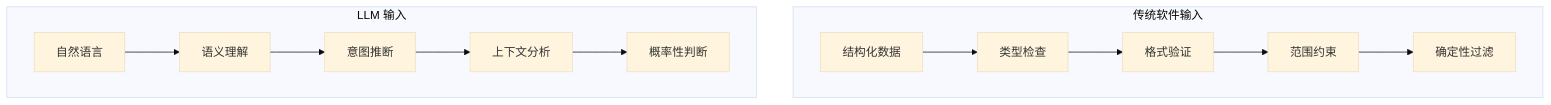
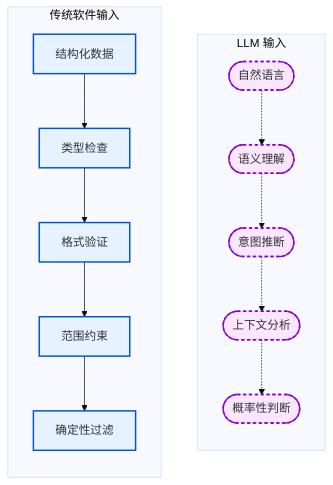
One commit to yeasy/ai_security_guide changed the diagram in 01_intro/1.3_llm_vs_traditional.md. Above: the diagram before and after it, drawn with Mermaid (base theme). The commit also changed other lines of this file and 74 other files, not shown here.

````diff
--- a/01_intro/1.3_llm_vs_traditional.md
+++ b/01_intro/1.3_llm_vs_traditional.md
@@ -23,16 +23,28 @@
 ```mermaid
-graph TB
-    subgraph "传统软件输入"
-    A1["结构化数据"] --> B1["类型检查"]
-    B1 --> C1["格式验证"]
-    C1 --> D1["范围约束"]
-    D1 --> E1["确定性过滤"]
+flowchart LR
+    subgraph traditional ["传统软件输入"]
+        direction TB
+        A1[结构化数据] --> B1[类型检查]
+        B1 --> C1[格式验证]
+        C1 --> D1[范围约束]
+        D1 --> E1[确定性过滤]
     end
 
-    subgraph "LLM 输入"
-    A2["自然语言"] --> B2["语义理解"]
-    B2 --> C2["意图推断"]
-    C2 --> D2["上下文分析"]
-    D2 --> E2["概率性判断"]
+    subgraph llm ["LLM 输入"]
+        direction TB
+        A2([自然语言]) -.-> B2([语义理解])
+        B2 -.-> C2([意图推断])
+        C2 -.-> D2([上下文分析])
+        D2 -.-> E2([概率性判断])
     end
+
+    %% 利用隐藏连接线强制实现左右并排布局
+    traditional ~~~ llm
+
+    %% 添加对比样式：传统输入表现为刚性实体（蓝色实线），LLM输入表现为柔性/概率（紫色虚线+圆角）
+    classDef trad fill:#e6f3ff,stroke:#0055cc,stroke-width:2px;
+    classDef llmNode fill:#fae6ff,stroke:#8800cc,stroke-width:2px,stroke-dasharray: 4 4;
+    
+    class A1,B1,C1,D1,E1 trad;
+    class A2,B2,C2,D2,E2 llmNode;
 ```
````
